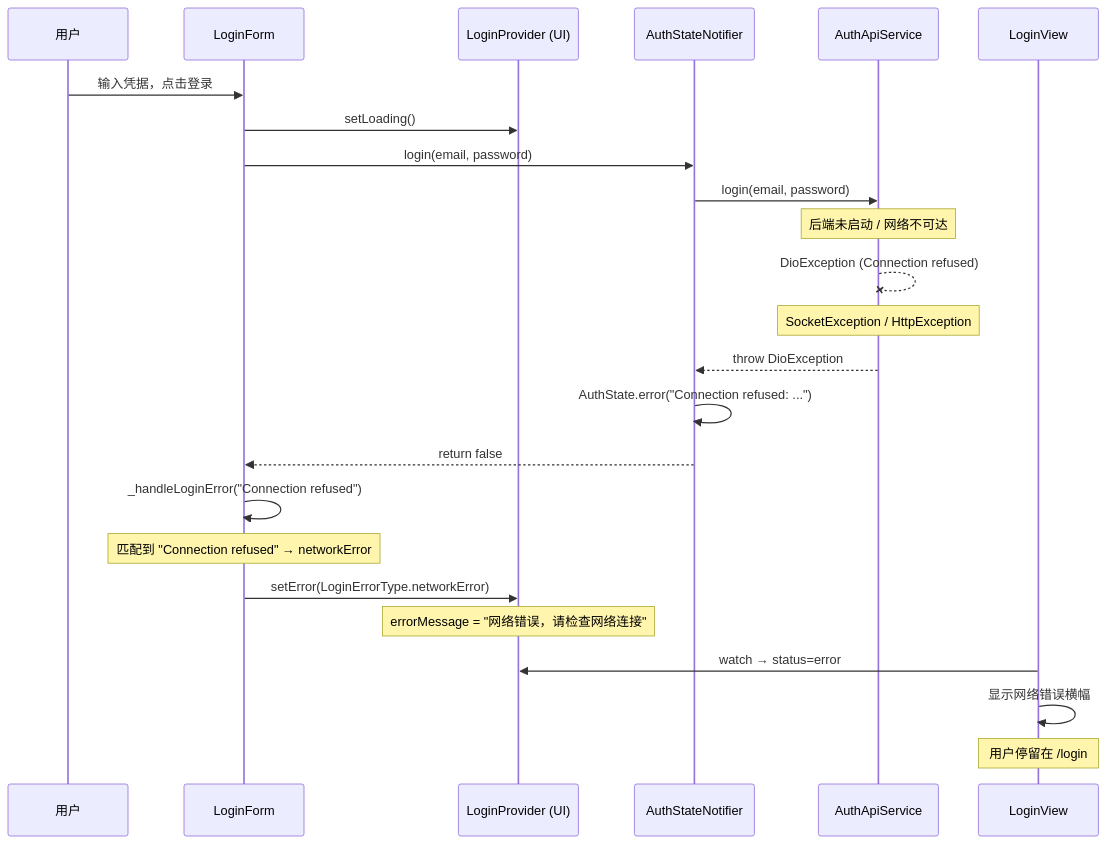
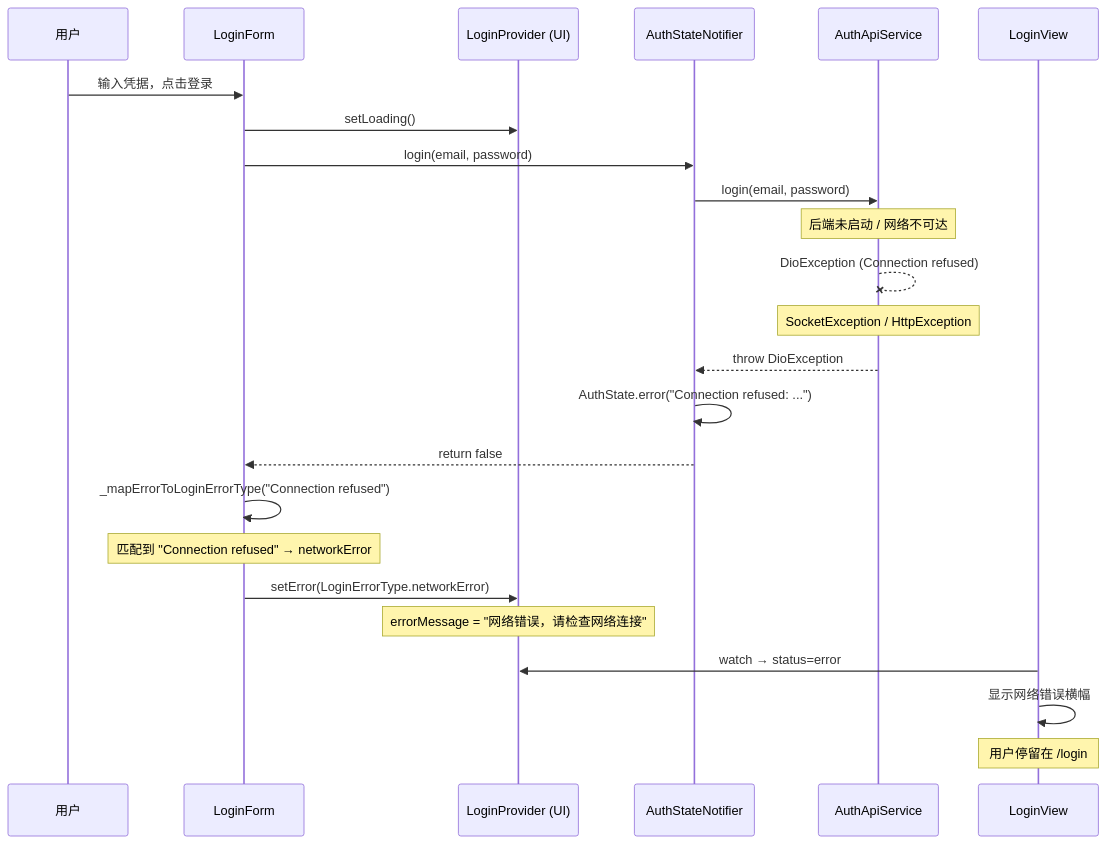
The fourth of 6 diagrams in log/release_3/design/R3-T1-design.md (hoolheart/kayak), drawn with Mermaid before and after one commit. The commit also changed other lines of this file and 9 other files, not shown here.

````diff
--- a/log/release_3/design/R3-T1-design.md
+++ b/log/release_3/design/R3-T1-design.md
@@ -440,31 +434,31 @@
 ```mermaid
 sequenceDiagram
     participant User as 用户
     participant Form as LoginForm
     participant LP as LoginProvider (UI)
     participant ASN as AuthStateNotifier
     participant API as AuthApiService
     participant LView as LoginView
 
     User->>Form: 输入凭据，点击登录
     Form->>LP: setLoading()
     Form->>ASN: login(email, password)
     ASN->>API: login(email, password)
 
     Note over API: 后端未启动 / 网络不可达
     API--xAPI: DioException (Connection refused)
     Note over API: SocketException / HttpException
     
     API-->>ASN: throw DioException
     ASN->>ASN: AuthState.error("Connection refused: ...")
     ASN-->>Form: return false
 
-    Form->>Form: _handleLoginError("Connection refused")
+    Form->>Form: _mapErrorToLoginErrorType("Connection refused")
     Note over Form: 匹配到 "Connection refused" → networkError
     Form->>LP: setError(LoginErrorType.networkError)
     Note over LP: errorMessage = "网络错误，请检查网络连接"
 
     LView->>LP: watch → status=error
     LView->>LView: 显示网络错误横幅
     Note over LView: 用户停留在 /login
 ```
````
